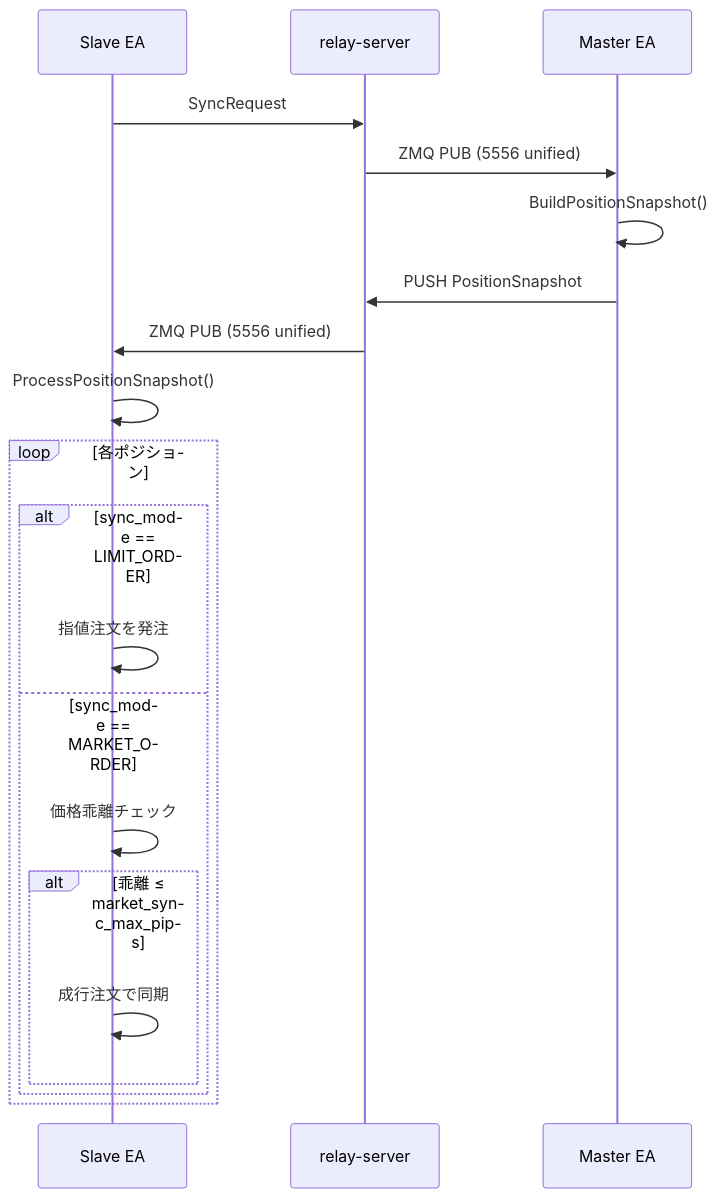
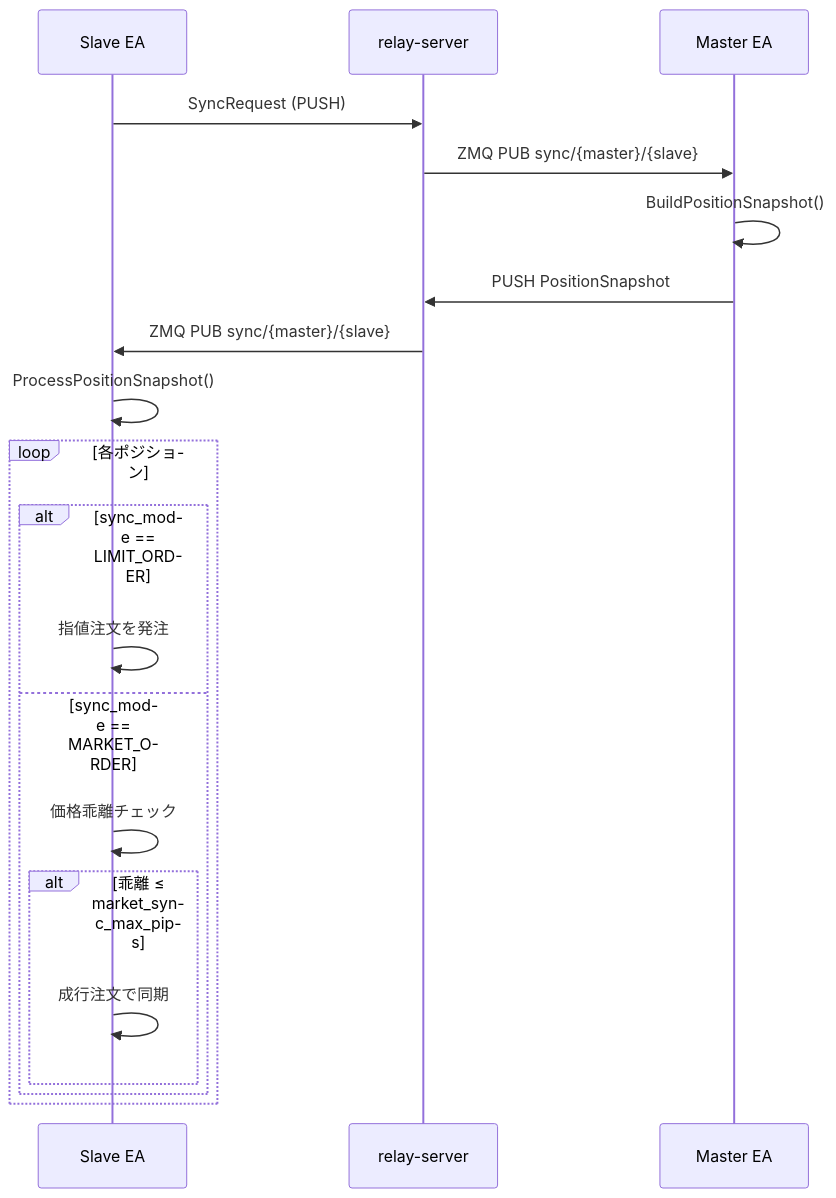
Before and after one commit to poruru210/sankey-copier: the seventh of 7 diagrams in docs/mt-advisors.md, drawn with Mermaid. The commit also changed 4 other files, not shown here.

````diff
--- a/docs/mt-advisors.md
+++ b/docs/mt-advisors.md
@@ -353,25 +353,25 @@
 ```mermaid
 sequenceDiagram
     participant SEA as Slave EA
     participant RS as relay-server
     participant MEA as Master EA
 
-    SEA->>RS: SyncRequest
-    RS->>MEA: ZMQ PUB (5556 unified)
+    SEA->>RS: SyncRequest (PUSH)
+    RS->>MEA: ZMQ PUB sync/{master}/{slave}
     MEA->>MEA: BuildPositionSnapshot()
     MEA->>RS: PUSH PositionSnapshot
-    RS->>SEA: ZMQ PUB (5556 unified)
+    RS->>SEA: ZMQ PUB sync/{master}/{slave}
 
     SEA->>SEA: ProcessPositionSnapshot()
 
     loop 各ポジション
         alt sync_mode == LIMIT_ORDER
             SEA->>SEA: 指値注文を発注
         else sync_mode == MARKET_ORDER
             SEA->>SEA: 価格乖離チェック
             alt 乖離 ≤ market_sync_max_pips
                 SEA->>SEA: 成行注文で同期
             end
         end
     end
 ```
````
